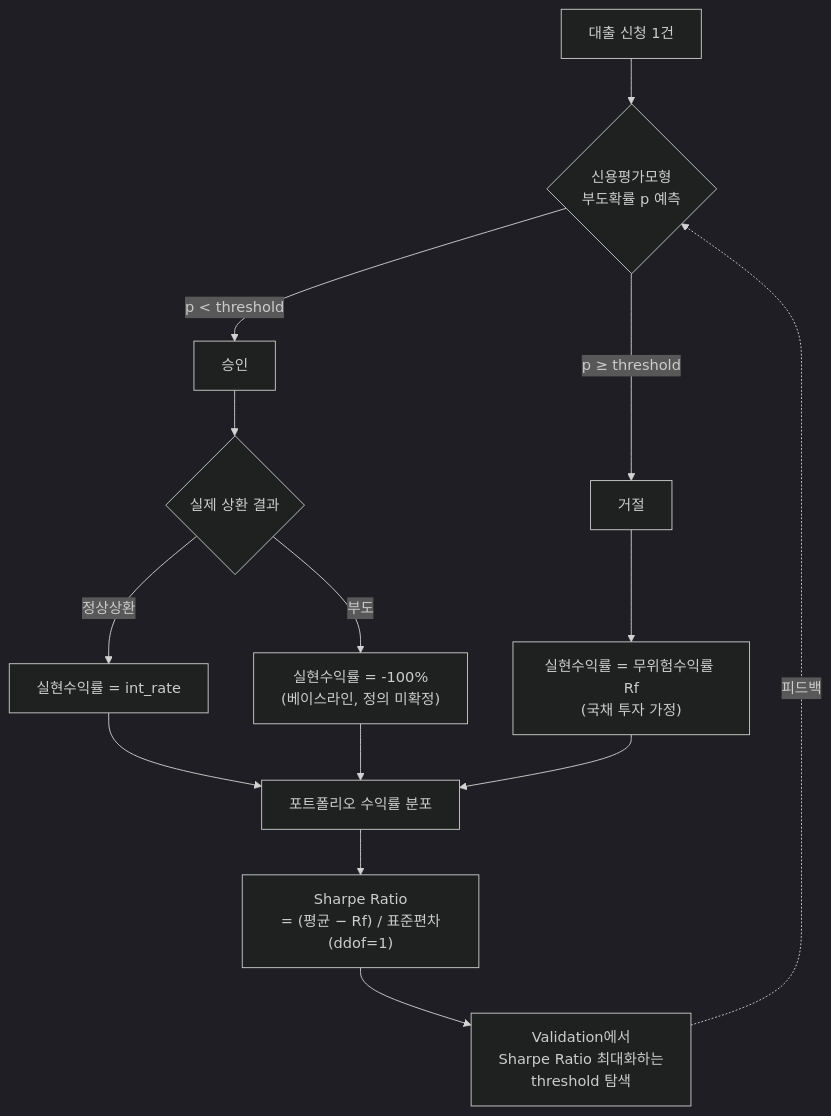
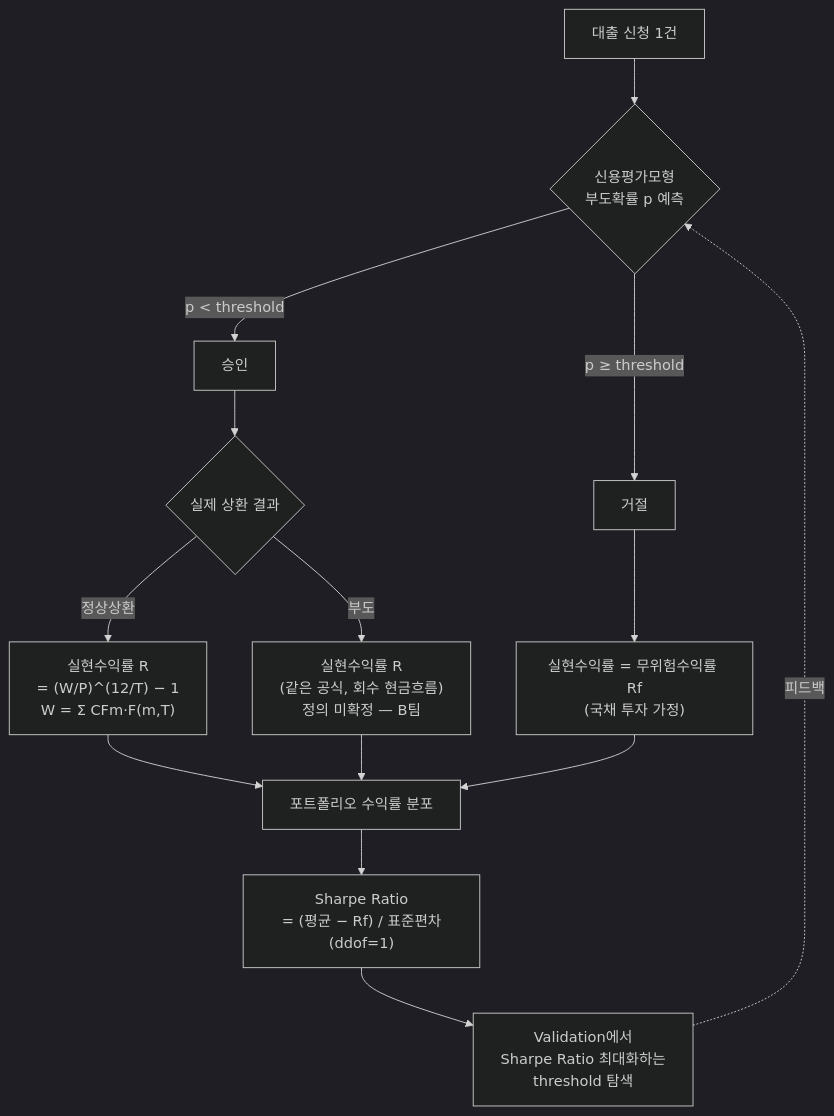
One commit to SNU-ABS-13-Team-1/Lending-Club-Team-Project changed the second of 2 diagrams in docs/architecture.md. Above: the diagram before and after it, drawn with Mermaid (dark theme). The commit also changed other lines of this file and 10 other files, not shown here.

````diff
--- a/docs/architecture.md
+++ b/docs/architecture.md
@@ -88,20 +88,20 @@
 ```mermaid
 graph TD
     L["대출 신청 1건"] --> M{"신용평가모형<br/>부도확률 p 예측"}
     M -->|"p < threshold"| APP["승인"]
     M -->|"p ≥ threshold"| REJ["거절"]
 
     APP --> R1{"실제 상환 결과"}
-    R1 -->|"정상상환"| RET1["실현수익률 = int_rate"]
-    R1 -->|"부도"| RET2["실현수익률 = -100%<br/>(베이스라인, 정의 미확정)"]
+    R1 -->|"정상상환"| RET1["실현수익률 R<br/>= (W/P)^(12/T) − 1<br/>W = Σ CFm·F(m,T)"]
+    R1 -->|"부도"| RET2["실현수익률 R<br/>(같은 공식, 회수 현금흐름)<br/>정의 미확정 — B팀"]
 
     REJ --> RET3["실현수익률 = 무위험수익률 Rf<br/>(국채 투자 가정)"]
 
     RET1 --> PORT["포트폴리오 수익률 분포"]
     RET2 --> PORT
     RET3 --> PORT
 
     PORT --> SR["Sharpe Ratio<br/>= (평균 − Rf) / 표준편차(ddof=1)"]
     SR --> TH["Validation에서<br/>Sharpe Ratio 최대화하는<br/>threshold 탐색"]
     TH -.피드백.-> M
 ```
````
